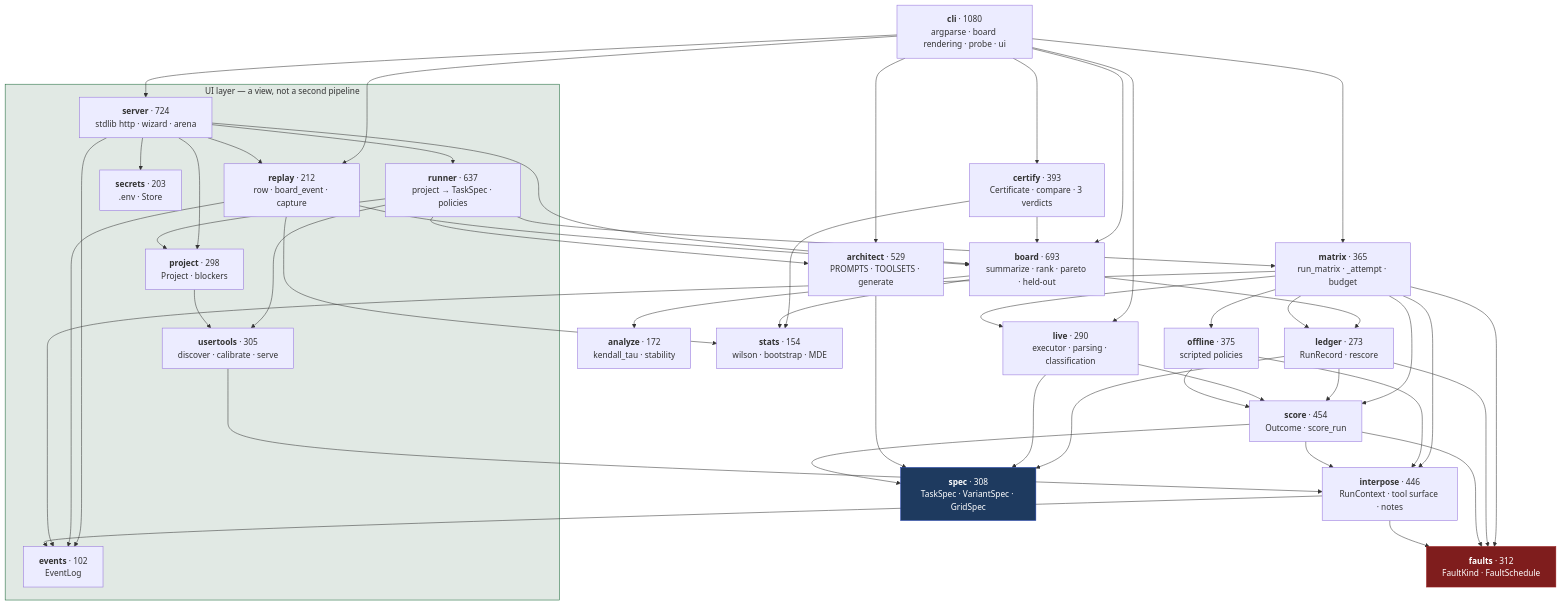
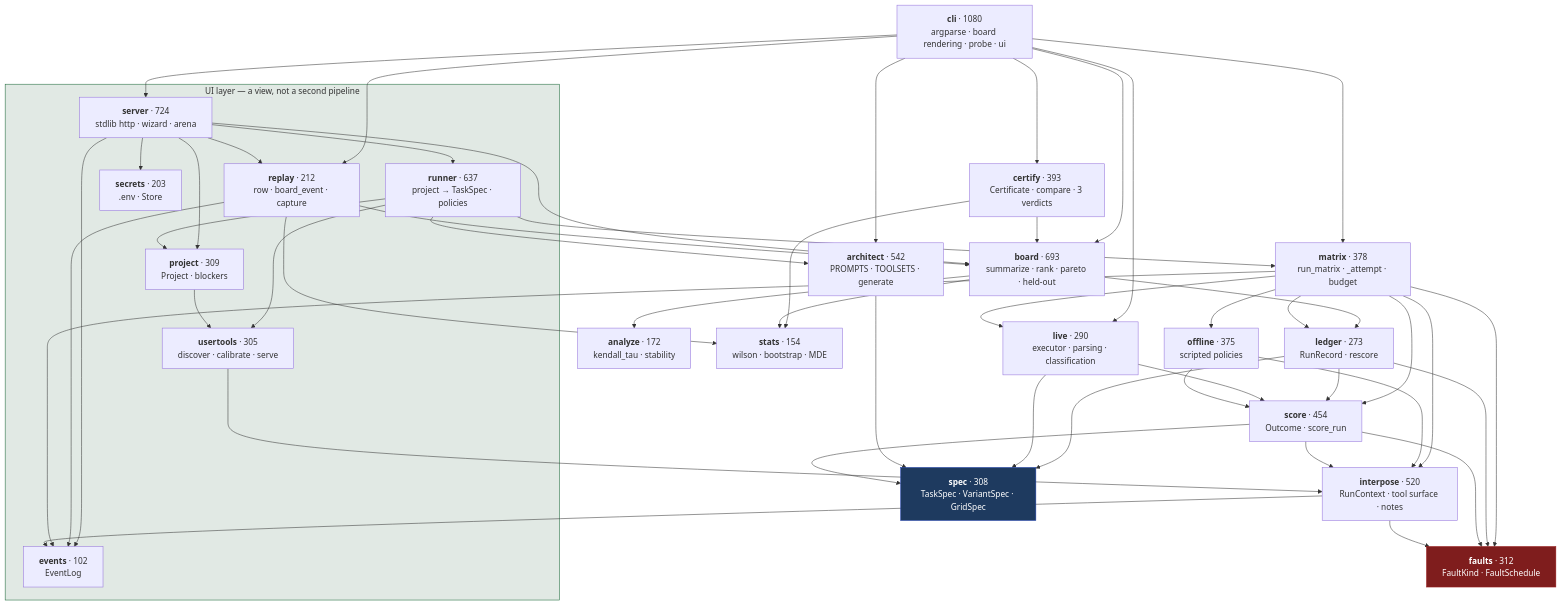
The first of 4 diagrams in docs/architecture/lld.md (Mehul-Gupta-SMH/agent-gauntlet), drawn with Mermaid before and after one commit. The commit also changed other lines of this file and 7 other files, not shown here.

````diff
--- a/docs/architecture/lld.md
+++ b/docs/architecture/lld.md
@@ -9,47 +9,47 @@
 ```mermaid
 flowchart TD
     subgraph ui["UI layer — a view, not a second pipeline"]
         SERVER["<b>server</b> · 724<br/>stdlib http · wizard · arena"]
         RUNNER["<b>runner</b> · 637<br/>project → TaskSpec · policies"]
         USERT["<b>usertools</b> · 305<br/>discover · calibrate · serve"]
-        PROJECT["<b>project</b> · 298<br/>Project · blockers"]
+        PROJECT["<b>project</b> · 309<br/>Project · blockers"]
         SECRETS["<b>secrets</b> · 203<br/>.env · Store"]
         EVENTS["<b>events</b> · 102<br/>EventLog"]
         REPLAY["<b>replay</b> · 212<br/>row · board_event · capture"]
     end
 
     CLI["<b>cli</b> · 1080<br/>argparse · board rendering · probe · ui"]
     BOARD["<b>board</b> · 693<br/>summarize · rank · pareto · held-out"]
-    ARCH["<b>architect</b> · 529<br/>PROMPTS · TOOLSETS · generate"]
+    ARCH["<b>architect</b> · 542<br/>PROMPTS · TOOLSETS · generate"]
     SCORE["<b>score</b> · 454<br/>Outcome · score_run"]
-    INTER["<b>interpose</b> · 446<br/>RunContext · tool surface · notes"]
+    INTER["<b>interpose</b> · 520<br/>RunContext · tool surface · notes"]
     OFFLINE["<b>offline</b> · 375<br/>scripted policies"]
-    MATRIX["<b>matrix</b> · 365<br/>run_matrix · _attempt · budget"]
+    MATRIX["<b>matrix</b> · 378<br/>run_matrix · _attempt · budget"]
     FAULTS["<b>faults</b> · 312<br/>FaultKind · FaultSchedule"]
     SPEC["<b>spec</b> · 308<br/>TaskSpec · VariantSpec · GridSpec"]
     LIVE["<b>live</b> · 290<br/>executor · parsing · classification"]
     LEDGER["<b>ledger</b> · 273<br/>RunRecord · rescore"]
     ANALYZE["<b>analyze</b> · 172<br/>kendall_tau · stability"]
     CERT["<b>certify</b> · 393<br/>Certificate · compare · 3 verdicts"]
     STATS["<b>stats</b> · 154<br/>wilson · bootstrap · MDE"]
 
     CLI --> BOARD & MATRIX & ARCH & LIVE & SERVER & CERT & REPLAY
     CERT --> BOARD & STATS
     SERVER --> PROJECT & RUNNER & SECRETS & EVENTS & BOARD & REPLAY
     REPLAY --> BOARD & EVENTS & STATS
     RUNNER --> MATRIX & USERT & PROJECT & ARCH
     PROJECT --> USERT
     USERT --> INTER
     BOARD --> LEDGER & ANALYZE & STATS
     MATRIX --> LEDGER & SCORE & LIVE & OFFLINE & INTER & FAULTS & EVENTS
     LEDGER --> SCORE & FAULTS & SPEC
     LIVE --> SCORE & SPEC
     OFFLINE --> INTER & SCORE
     ARCH --> SPEC
     SCORE --> INTER & FAULTS & SPEC
     INTER --> FAULTS & EVENTS
 
     style SPEC fill:#1e3a5f,stroke:#1e40af,color:#fff
     style FAULTS fill:#7f1d1d,stroke:#991b1b,color:#fff
     style ui fill:#14532d20,stroke:#166534
 ```
````
